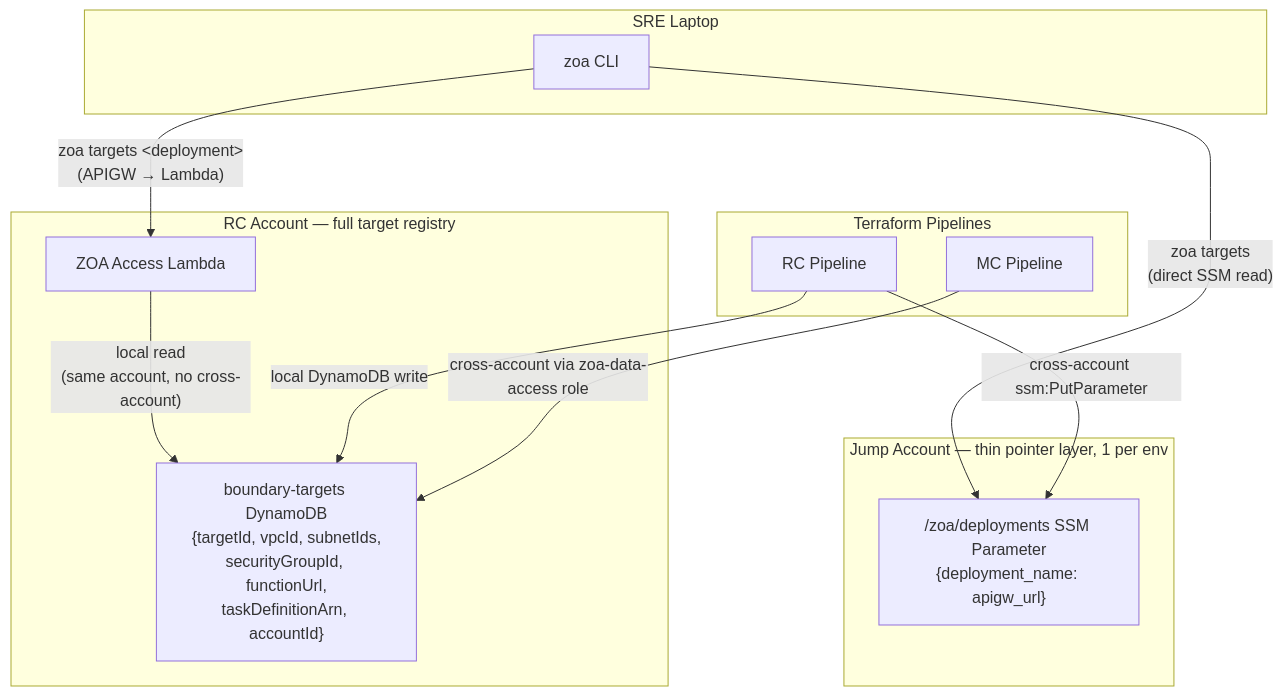
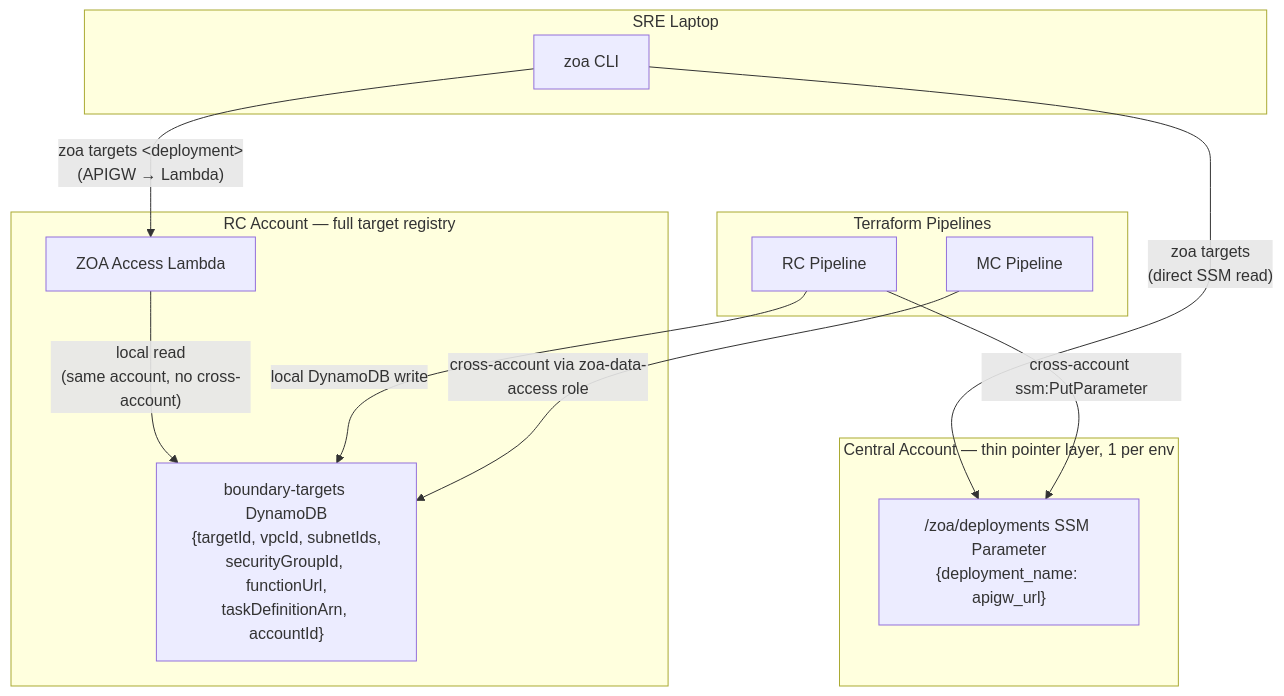
The second of 5 diagrams in docs/design/zoa-boundary-epic-plan.md (slopezz/rosa-hyperfleet-zoa), drawn with Mermaid before and after one commit. The commit also changed other lines of this file, not shown here.

First line of the commit message:
docs: replace Jump Account with Central Account, single role + LDAP

````diff
--- a/docs/design/zoa-boundary-epic-plan.md
+++ b/docs/design/zoa-boundary-epic-plan.md
@@ -75,28 +75,28 @@
 ```mermaid
 graph TD
-    subgraph jumpAccount [Jump Account — thin pointer layer, 1 per env]
+    subgraph centralAccount [Central Account — thin pointer layer, 1 per env]
         paramEnvs["/zoa/deployments SSM Parameter<br/>{deployment_name: apigw_url}"]
     end
 
     subgraph rcAccount [RC Account — full target registry]
         boundaryTargets["boundary-targets DynamoDB<br/>{targetId, vpcId, subnetIds,<br/>securityGroupId, functionUrl,<br/>taskDefinitionArn, accountId}"]
         accessLambda["ZOA Access Lambda"]
     end
 
     subgraph sreLaptop [SRE Laptop]
         zoaCLI["zoa CLI"]
     end
 
     subgraph terraform [Terraform Pipelines]
         rcPipeline["RC Pipeline"]
         mcPipeline["MC Pipeline"]
     end
 
     zoaCLI -->|"zoa targets<br/>(direct SSM read)"| paramEnvs
     zoaCLI -->|"zoa targets &lt;deployment&gt;<br/>(APIGW → Lambda)"| accessLambda
     accessLambda -->|"local read<br/>(same account, no cross-account)"| boundaryTargets
 
     rcPipeline -->|"cross-account ssm:PutParameter"| paramEnvs
     rcPipeline -->|"local DynamoDB write"| boundaryTargets
     mcPipeline -->|"cross-account via zoa-data-access role"| boundaryTargets
 ```
````
